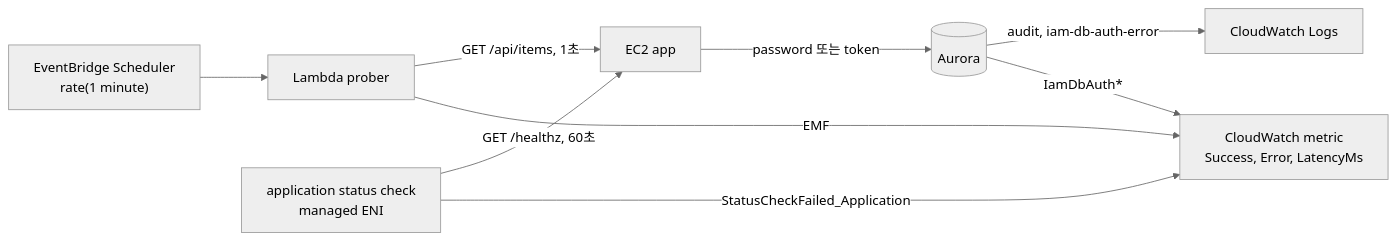
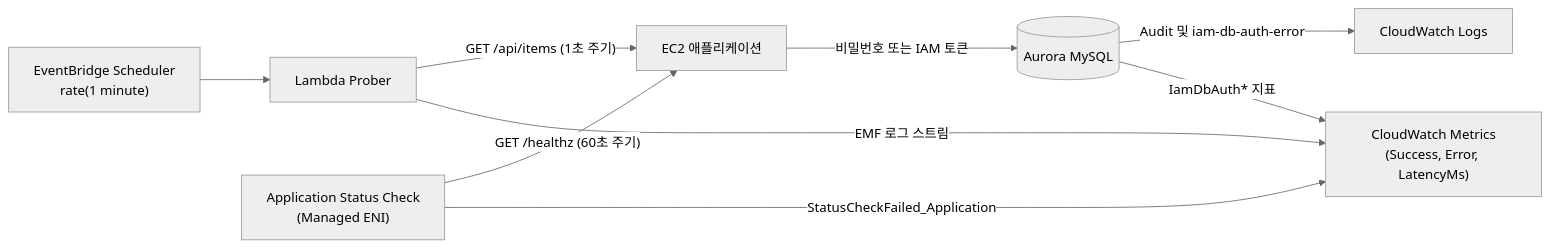
One commit to choisungwook/portfolio changed the diagram in aws/rds/aurora-iam-auth/docs/3-observability.md. Above: the diagram before and after it, drawn with Mermaid (neutral theme). The commit also changed other lines of this file and 8 other files, not shown here.

First line of the commit message:
docs(rds): Aurora MySQL IAM DB 인증 핸즈온 문서 가독성 및 퀵스타트 구조 개편 (#1373)

````diff
--- a/aws/rds/aurora-iam-auth/docs/3-observability.md
+++ b/aws/rds/aurora-iam-auth/docs/3-observability.md
@@ -67,11 +72,12 @@
 ```mermaid
 flowchart LR
-  SCHED["EventBridge Scheduler<br/>rate(1 minute)"] --> PROBER["Lambda prober"]
-  PROBER -- "GET /api/items, 1초" --> APP["EC2 app"]
-  ENI["application status check<br/>managed ENI"] -- "GET /healthz, 60초" --> APP
-  APP -- "password 또는 token" --> DB[("Aurora")]
-  PROBER -- "EMF" --> CWM["CloudWatch metric<br/>Success, Error, LatencyMs"]
-  DB -- "audit, iam-db-auth-error" --> CWL["CloudWatch Logs"]
-  DB -- "IamDbAuth*" --> CWM
+  SCHED["EventBridge Scheduler<br/>rate(1 minute)"] --> PROBER["Lambda Prober"]
+  PROBER -- "GET /api/items (1초 주기)" --> APP["EC2 애플리케이션"]
+  ENI["Application Status Check<br/>(Managed ENI)"] -- "GET /healthz (60초 주기)" --> APP
+  APP -- "비밀번호 또는 IAM 토큰" --> DB[("Aurora MySQL")]
+
+  PROBER -- "EMF 로그 스트림" --> CWM["CloudWatch Metrics<br/>(Success, Error, LatencyMs)"]
+  DB -- "Audit 및 iam-db-auth-error" --> CWL["CloudWatch Logs"]
+  DB -- "IamDbAuth* 지표" --> CWM
   ENI -- "StatusCheckFailed_Application" --> CWM
 ```
````
